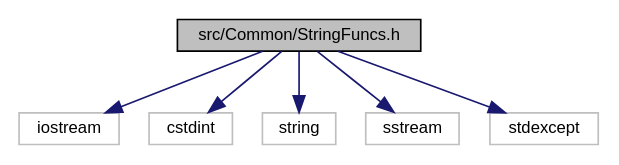
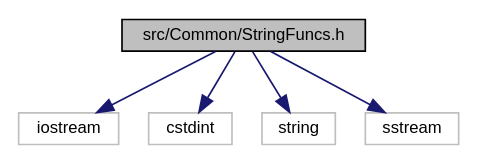
One commit to FPGA-Research-Manchester/byteman changed the diagram in StringFuncs_8h__incl.dot. Above: the diagram before and after it, drawn with Graphviz. The commit also changed 543 other files, not shown here.

```diff
--- a/StringFuncs_8h__incl.dot
+++ b/StringFuncs_8h__incl.dot
@@ -1,18 +1,16 @@
 digraph "src/Common/StringFuncs.h"
 {
  // INTERACTIVE_SVG=YES
  // LATEX_PDF_SIZE
   edge [fontname="Helvetica",fontsize="10",labelfontname="Helvetica",labelfontsize="10"];
   node [fontname="Helvetica",fontsize="10",shape=record];
   Node1 [label="src/Common/StringFuncs.h",height=0.2,width=0.4,color="black", fillcolor="grey75", style="filled", fontcolor="black",tooltip=" "];
   Node1 -> Node2 [color="midnightblue",fontsize="10",style="solid",fontname="Helvetica"];
   Node2 [label="iostream",height=0.2,width=0.4,color="grey75", fillcolor="white", style="filled",tooltip=" "];
   Node1 -> Node3 [color="midnightblue",fontsize="10",style="solid",fontname="Helvetica"];
   Node3 [label="cstdint",height=0.2,width=0.4,color="grey75", fillcolor="white", style="filled",tooltip=" "];
   Node1 -> Node4 [color="midnightblue",fontsize="10",style="solid",fontname="Helvetica"];
   Node4 [label="string",height=0.2,width=0.4,color="grey75", fillcolor="white", style="filled",tooltip=" "];
   Node1 -> Node5 [color="midnightblue",fontsize="10",style="solid",fontname="Helvetica"];
   Node5 [label="sstream",height=0.2,width=0.4,color="grey75", fillcolor="white", style="filled",tooltip=" "];
-  Node1 -> Node6 [color="midnightblue",fontsize="10",style="solid",fontname="Helvetica"];
-  Node6 [label="stdexcept",height=0.2,width=0.4,color="grey75", fillcolor="white", style="filled",tooltip=" "];
 }
```
